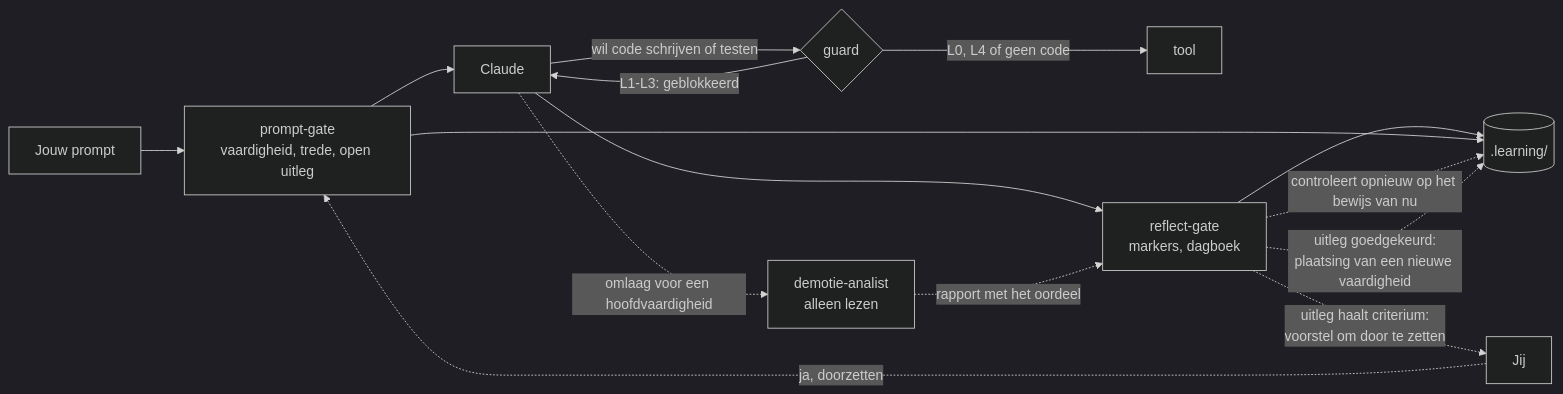
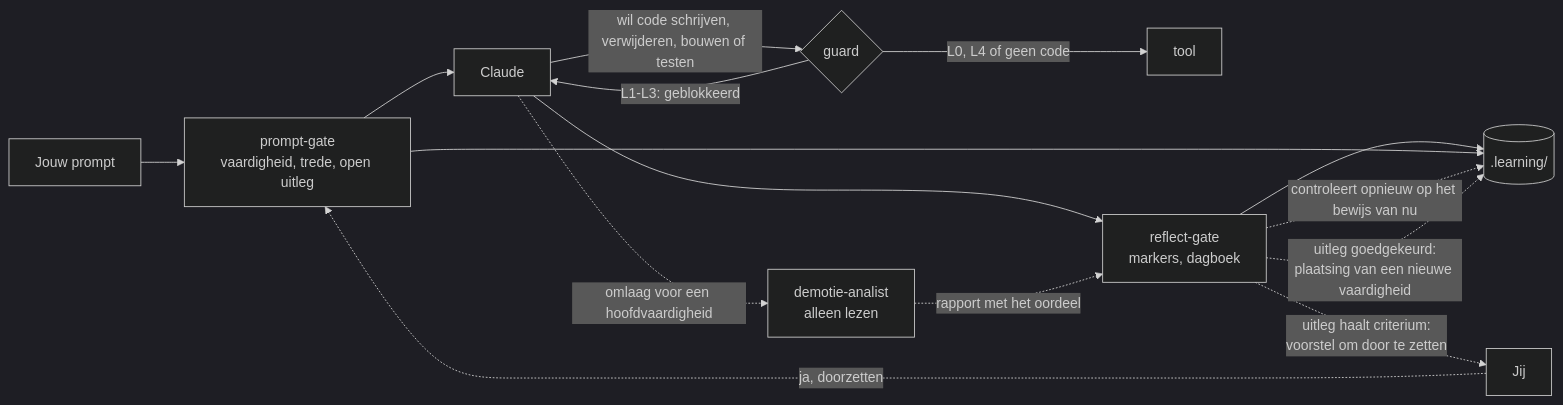
The diagram in docs/nl/how-it-works.md (piethanegraaf/piethanegraaf.github.io), drawn with Mermaid (dark theme) before and after one commit. The commit also changed other lines of this file and 36 other files, not shown here.

````diff
--- a/docs/nl/how-it-works.md
+++ b/docs/nl/how-it-works.md
@@ -9,17 +9,17 @@
 ```mermaid
 flowchart LR
   P[Jouw prompt] --> G1[prompt-gate<br/>vaardigheid, trede, open uitleg]
   G1 --> C[Claude]
-  C -->|wil code schrijven of testen| G2{guard}
+  C -->|wil code schrijven, verwijderen, bouwen of testen| G2{guard}
   G2 -->|L1-L3: geblokkeerd| C
   G2 -->|L0, L4 of geen code| T[tool]
   C --> S[reflect-gate<br/>markers, dagboek]
   S --> R[(.learning/)]
   G1 --> R
   C -.->|omlaag voor een hoofdvaardigheid| A[demotie-analist<br/>alleen lezen]
   A -.->|rapport met het oordeel| S
   S -.->|controleert opnieuw op het bewijs van nu| R
   S -.->|uitleg goedgekeurd:<br/>plaatsing van een nieuwe vaardigheid| R
   S -.->|uitleg haalt criterium:<br/>voorstel om door te zetten| J[Jij]
   J -.->|ja, doorzetten| G1
 ```
````
